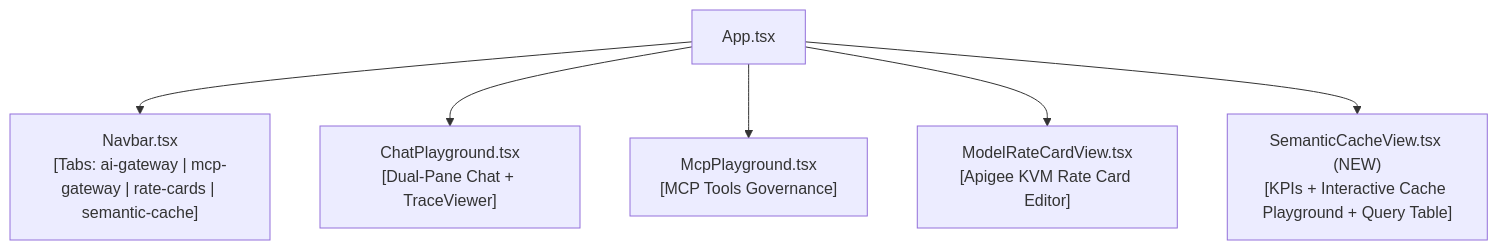
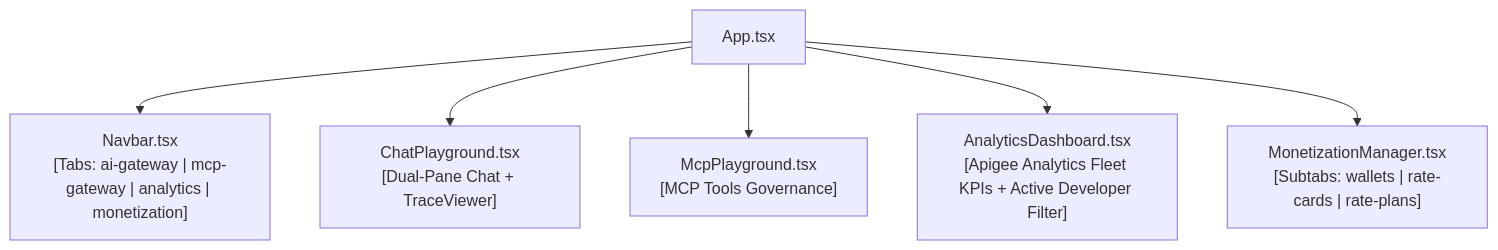
The diagram in docs/ui_semantic_cache_and_governance_spec.md (yem0428/apigee-ai-gateway-demo), drawn with Mermaid before and after one commit. The commit also changed other lines of this file and 1 other file, not shown here.

Commit message:
docs: update design specs, UI component hierarchy, and Cloud Run architecture documentation

````diff
--- a/docs/ui_semantic_cache_and_governance_spec.md
+++ b/docs/ui_semantic_cache_and_governance_spec.md
@@ -98,15 +100,15 @@
 ```mermaid
 flowchart TD
     App["App.tsx"]
-    Navbar["Navbar.tsx\n[Tabs: ai-gateway | mcp-gateway | rate-cards | semantic-cache]"]
+    Navbar["Navbar.tsx\n[Tabs: ai-gateway | mcp-gateway | analytics | monetization]"]
     ChatPlayground["ChatPlayground.tsx\n[Dual-Pane Chat + TraceViewer]"]
     McpPlayground["McpPlayground.tsx\n[MCP Tools Governance]"]
-    ModelRateCardView["ModelRateCardView.tsx\n[Apigee KVM Rate Card Editor]"]
-    SemanticCacheView["SemanticCacheView.tsx (NEW)\n[KPIs + Interactive Cache Playground + Query Table]"]
+    AnalyticsDashboard["AnalyticsDashboard.tsx\n[Apigee Analytics Fleet KPIs + Active Developer Filter]"]
+    MonetizationManager["MonetizationManager.tsx\n[Subtabs: wallets | rate-cards | rate-plans]"]
 
     App --> Navbar
     App --> ChatPlayground
     App --> McpPlayground
-    App --> ModelRateCardView
-    App --> SemanticCacheView
+    App --> AnalyticsDashboard
+    App --> MonetizationManager
 ```
````
